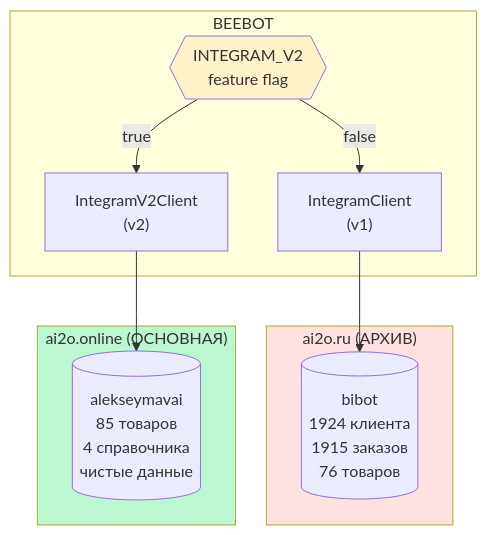
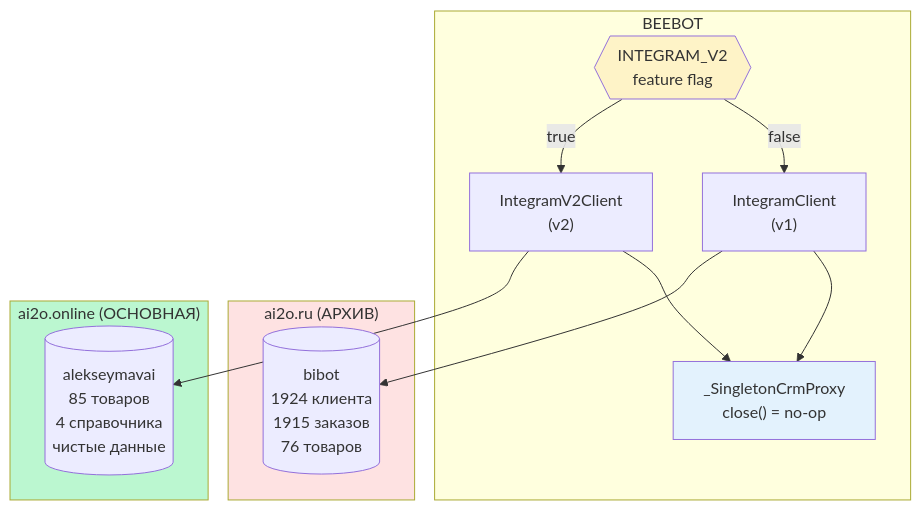
Before and after one commit to unidel2035/BEEBOT: the tenth of 15 diagrams in docs/architecture.md, drawn with Mermaid. The commit also changed other lines of this file and 19 other files, not shown here.

````diff
--- a/docs/architecture.md
+++ b/docs/architecture.md
@@ -280,23 +401,26 @@
 ```mermaid
 graph TB
     subgraph APP["BEEBOT"]
         FF{{"INTEGRAM_V2<br/>feature flag"}}
         V1_CL["IntegramClient<br/>(v1)"]
         V2_CL["IntegramV2Client<br/>(v2)"]
+        PROXY["_SingletonCrmProxy<br/>close() = no-op"]
     end
 
     subgraph V1["ai2o.ru (АРХИВ)"]
         V1_DB[("bibot<br/>1924 клиента<br/>1915 заказов<br/>76 товаров")]
     end
 
     subgraph V2["ai2o.online (ОСНОВНАЯ)"]
         V2_DB[("alekseymavai<br/>85 товаров<br/>4 справочника<br/>чистые данные")]
     end
 
     FF -->|"true"| V2_CL --> V2_DB
     FF -->|"false"| V1_CL --> V1_DB
+    V1_CL & V2_CL --> PROXY
 
     style V1 fill:#fee2e2
     style V2 fill:#bbf7d0
     style FF fill:#fef3c7
+    style PROXY fill:#e3f2fd
 ```
````
